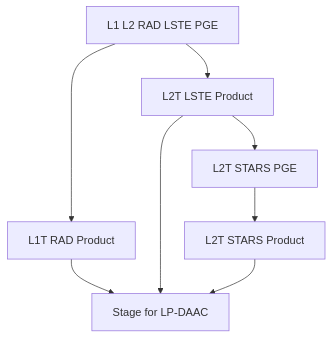
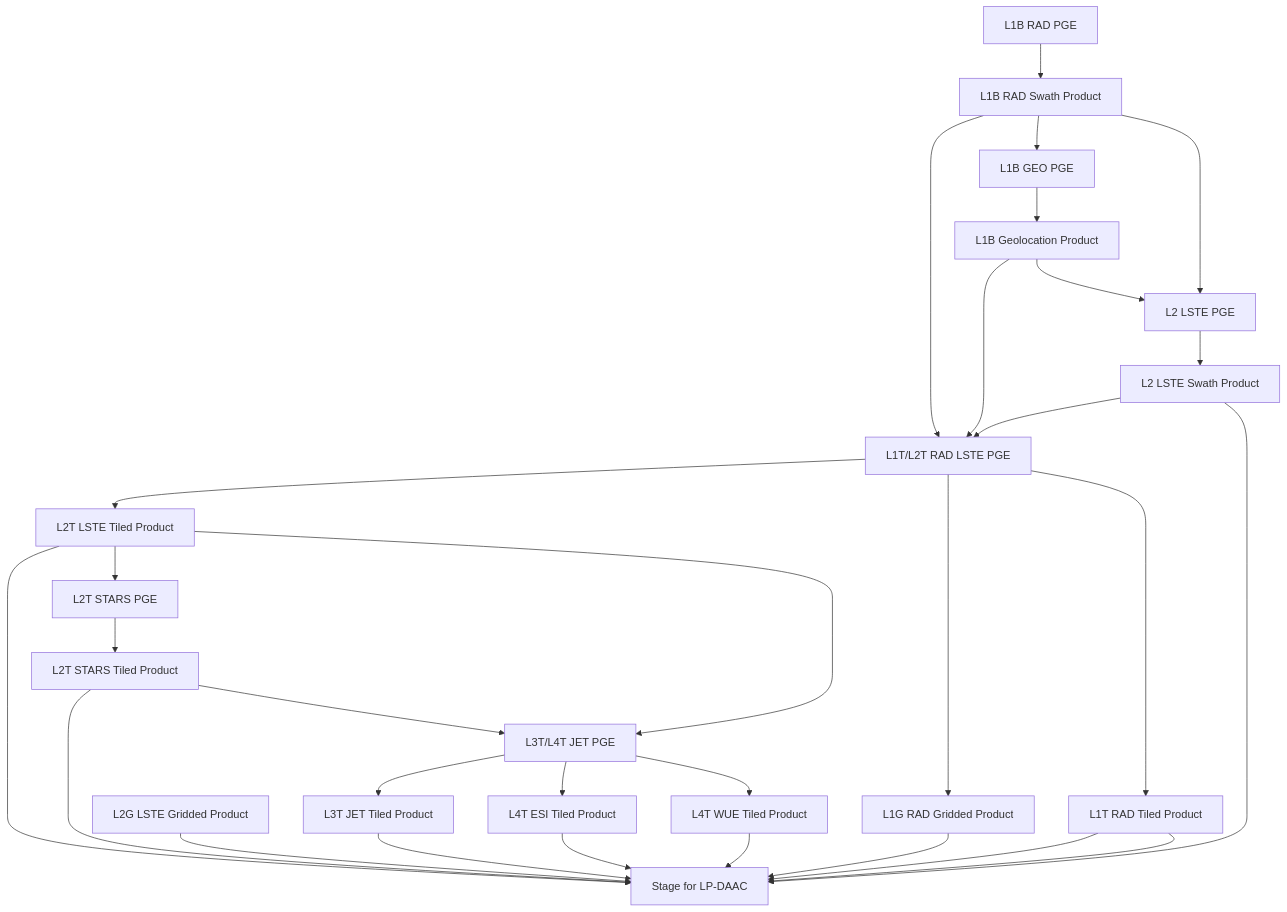
The diagram in profile/README.md (gregory-halverson-jpl/ECOSTRESS-Collection-2.github), drawn with Mermaid before and after one commit.

Commit message:
high-level flow-chart for ECOSTRESS collection 2 product work-flow

````diff
--- a/profile/README.md
+++ b/profile/README.md
@@ -11,19 +11,65 @@
 ```mermaid
 flowchart TD
-    L1_L2_RAD_LSTE_PGE[L1 L2 RAD LSTE PGE]
-    L2T_STARS_PGE[L2T STARS PGE]
+L1B_GEO_PGE[L1B GEO PGE]
+L1B_RAD_PGE[L1B RAD PGE]
+L2_LSTE_PGE[L2 LSTE PGE]
+L1T_L2T_RAD_LSTE_PGE[L1T/L2T RAD LSTE PGE]
+L2T_STARS_PGE[L2T STARS PGE]
+L3T_L4T_JET_PGE[L3T/L4T JET PGE]
 
-    L1T_RAD_product[L1T RAD Product]
-    L2T_LSTE_product[L2T LSTE Product]
-    L2T_STARS_product[L2T STARS Product]
+L1B_GEO_SWATH[L1B Geolocation Product]
+L1B_RAD_SWATH[L1B RAD Swath Product]
+L1G_RAD_GRID[L1G RAD Gridded Product]
+L1T_RAD_TILE[L1T RAD Tiled Product]
+L2T_STARS_TILE[L2T STARS Tiled Product]
+L2_LSTE_SWATH[L2 LSTE Swath Product]
+L2G_LSTE_GRID[L2G LSTE Gridded Product]
+L2T_LSTE_TILE[L2T LSTE Tiled Product]
+L2T_STARS_TILE[L2T STARS Tiled Product]
+L3T_JET_TILE[L3T JET Tiled Product]
+L4T_ESI_TILE[L4T ESI Tiled Product]
+L4T_WUE_TILE[L4T WUE Tiled Product]
 
-    LP_DAAC[Stage for LP-DAAC]
+LP_DAAC[Stage for LP-DAAC]
 
-    L1_L2_RAD_LSTE_PGE --> L1T_RAD_product
-    L1T_RAD_product --> LP_DAAC
-    L1_L2_RAD_LSTE_PGE --> L2T_LSTE_product
-    L2T_LSTE_product --> LP_DAAC
-    L2T_LSTE_product --> L2T_STARS_PGE
-    L2T_STARS_PGE --> L2T_STARS_product
-    L2T_STARS_product --> LP_DAAC
+L1T_RAD_TILE --> LP_DAAC
+L1T_L2T_RAD_LSTE_PGE --> L2T_LSTE_TILE
+L2T_LSTE_TILE --> LP_DAAC
+L2T_LSTE_TILE --> L2T_STARS_PGE
+L2T_STARS_PGE --> L2T_STARS_TILE
+L2T_STARS_TILE --> LP_DAAC
+
+L1B_GEO_PGE --> L1B_GEO_SWATH
+
+L1B_RAD_PGE --> L1B_RAD_SWATH
+
+L1B_RAD_SWATH --> L1T_L2T_RAD_LSTE_PGE
+L1B_RAD_SWATH --> L1B_GEO_PGE
+L1B_GEO_SWATH --> L1T_L2T_RAD_LSTE_PGE
+
+L1T_L2T_RAD_LSTE_PGE --> L1G_RAD_GRID
+L1T_L2T_RAD_LSTE_PGE --> L1T_RAD_TILE
+
+L1G_RAD_GRID --> LP_DAAC
+L1T_RAD_TILE --> LP_DAAC
+
+L1B_GEO_SWATH --> L2_LSTE_PGE
+L1B_RAD_SWATH --> L2_LSTE_PGE
+L2_LSTE_PGE --> L2_LSTE_SWATH
+
+L2_LSTE_SWATH --> L1T_L2T_RAD_LSTE_PGE
+L2_LSTE_SWATH --> LP_DAAC
+
+L2G_LSTE_GRID --> LP_DAAC
+
+L2T_LSTE_TILE --> L3T_L4T_JET_PGE
+L2T_STARS_TILE --> L3T_L4T_JET_PGE
+
+L3T_L4T_JET_PGE --> L3T_JET_TILE
+L3T_L4T_JET_PGE --> L4T_ESI_TILE
+L3T_L4T_JET_PGE --> L4T_WUE_TILE
+
+L3T_JET_TILE --> LP_DAAC
+L4T_ESI_TILE --> LP_DAAC
+L4T_WUE_TILE --> LP_DAAC
 ```
````
